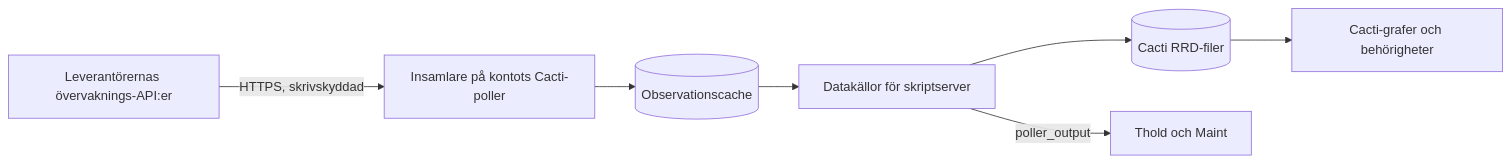
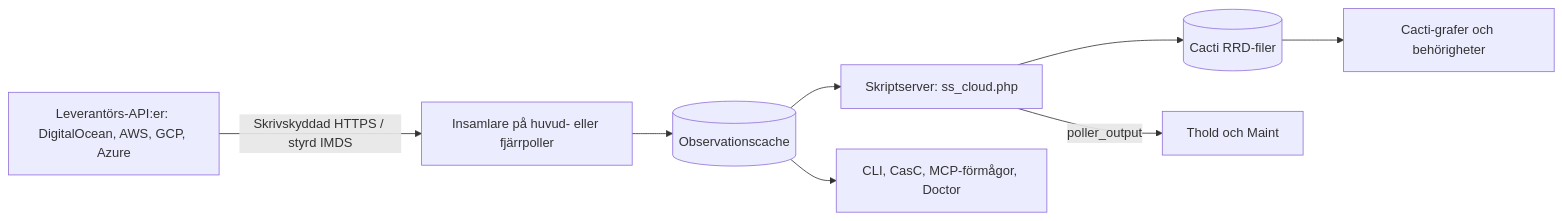
The diagram in docs/i18n/sv-SE/README.md (somethingwithproof/plugin_cloud), drawn with Mermaid before and after one commit. The commit also changed other lines of this file and 48 other files, not shown here.

First line of the commit message:
docs(readme): document AWS, GCP, Azure drivers, remote collectors, and ecosystem hooks

````diff
--- a/docs/i18n/sv-SE/README.md
+++ b/docs/i18n/sv-SE/README.md
@@ -110,9 +148,10 @@
 ```mermaid
 flowchart LR
-    API["Leverantörernas övervaknings-API:er"] -->|HTTPS, skrivskyddad| C[Insamlare på kontots Cacti-poller]
+    API[Leverantörs-API:er: DigitalOcean, AWS, GCP, Azure] -->|Skrivskyddad HTTPS / styrd IMDS| C[Insamlare på huvud- eller fjärrpoller]
     C --> O[(Observationscache)]
-    O --> SS[Datakällor för skriptserver]
+    O --> SS[Skriptserver: ss_cloud.php]
     SS --> RRD[(Cacti RRD-filer)]
     SS -->|poller_output| T[Thold och Maint]
     RRD --> G[Cacti-grafer och behörigheter]
+    O --> ECO[CLI, CasC, MCP-förmågor, Doctor]
 ```
````
